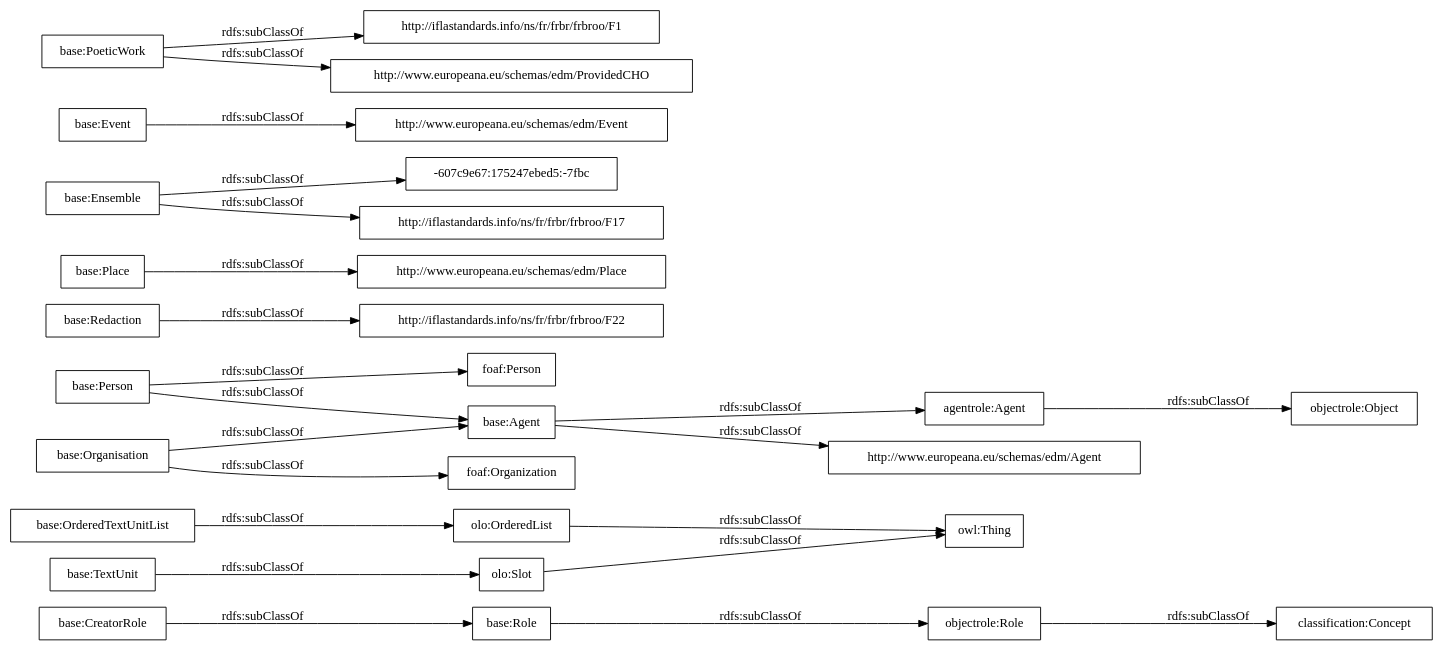
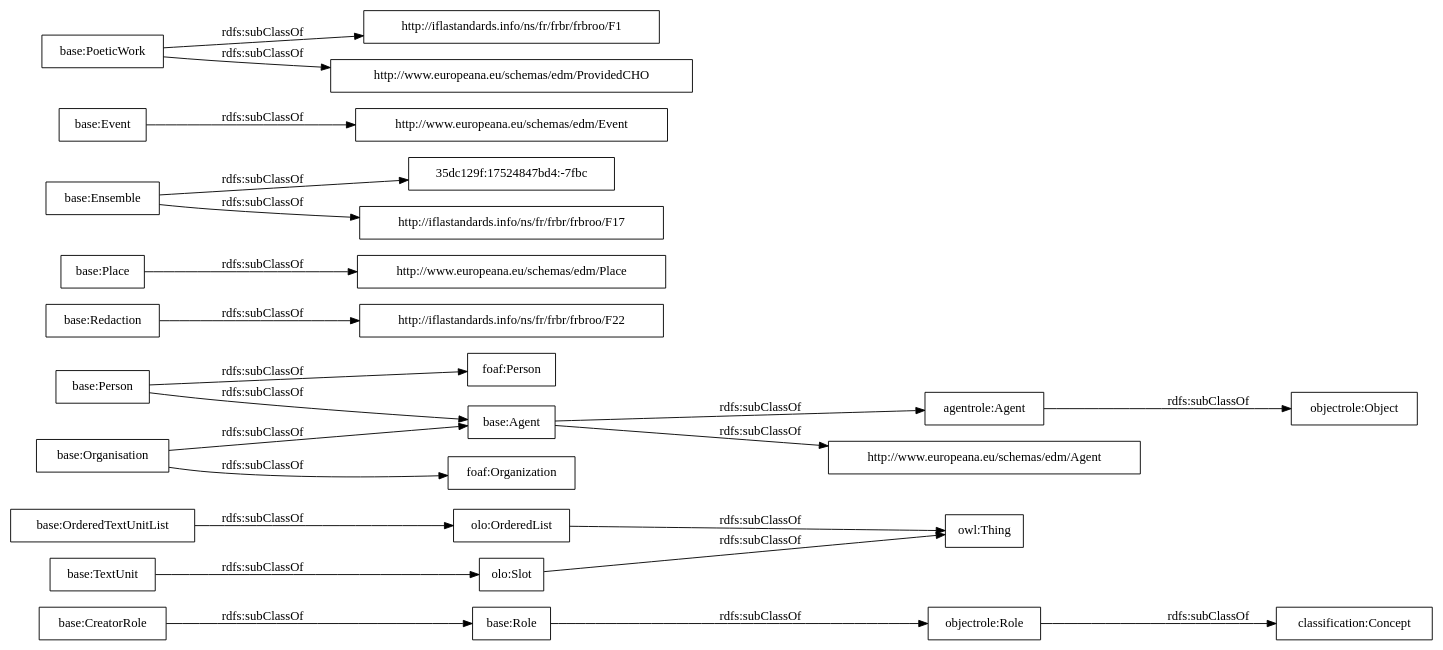
The diagram in OnToology/postdata-core.owl/diagrams/ar2dtool-taxonomy/postdata-core.owl.png.dot (OnToologyUser/core-ontology-1), drawn with Graphviz before and after one commit. The commit also changed 14 other files, not shown here.

```diff
--- a/OnToology/postdata-core.owl/diagrams/ar2dtool-taxonomy/postdata-core.owl.png.dot
+++ b/OnToology/postdata-core.owl/diagrams/ar2dtool-taxonomy/postdata-core.owl.png.dot
@@ -1,27 +1,27 @@
 digraph ar2dtool_diagram { 
 rankdir=LR;
 size="1000"
-node [shape = rectangle, color="black"]; "base:Role" "base:OrderedTextUnitList" "agentrole:Agent" "http://iflastandards.info/ns/fr/frbr/frbroo/F22" "http://www.europeana.eu/schemas/edm/Agent" "base:Agent" "base:CreatorRole" "base:Person" "base:Organisation" "http://www.europeana.eu/schemas/edm/Place" "base:Redaction" "-607c9e67:175247ebed5:-7fbc" "base:Ensemble" "foaf:Person" "http://www.europeana.eu/schemas/edm/Event" "base:TextUnit" "foaf:Organization" "http://iflastandards.info/ns/fr/frbr/frbroo/F1" "http://www.europeana.eu/schemas/edm/ProvidedCHO" "base:Place" "base:Event" "base:PoeticWork" "http://iflastandards.info/ns/fr/frbr/frbroo/F17" "owl:Thing" "objectrole:Role" "objectrole:Object" "olo:Slot" "olo:OrderedList" "classification:Concept" ; /*classes style*/
+node [shape = rectangle, color="black"]; "base:Role" "base:OrderedTextUnitList" "agentrole:Agent" "http://iflastandards.info/ns/fr/frbr/frbroo/F22" "http://www.europeana.eu/schemas/edm/Agent" "base:Agent" "base:CreatorRole" "base:Person" "base:Organisation" "http://www.europeana.eu/schemas/edm/Place" "base:Redaction" "base:Ensemble" "foaf:Person" "http://www.europeana.eu/schemas/edm/Event" "base:TextUnit" "http://iflastandards.info/ns/fr/frbr/frbroo/F1" "foaf:Organization" "http://www.europeana.eu/schemas/edm/ProvidedCHO" "base:Place" "base:Event" "35dc129f:17524847bd4:-7fbc" "base:PoeticWork" "http://iflastandards.info/ns/fr/frbr/frbroo/F17" "owl:Thing" "objectrole:Role" "objectrole:Object" "olo:Slot" "olo:OrderedList" "classification:Concept" ; /*classes style*/
 	"base:Redaction" -> "http://iflastandards.info/ns/fr/frbr/frbroo/F22" [ label = "rdfs:subClassOf" ];
 	"base:Role" -> "objectrole:Role" [ label = "rdfs:subClassOf" ];
 	"base:Event" -> "http://www.europeana.eu/schemas/edm/Event" [ label = "rdfs:subClassOf" ];
 	"base:Person" -> "foaf:Person" [ label = "rdfs:subClassOf" ];
 	"base:Person" -> "base:Agent" [ label = "rdfs:subClassOf" ];
 	"olo:OrderedList" -> "owl:Thing" [ label = "rdfs:subClassOf" ];
 	"olo:Slot" -> "owl:Thing" [ label = "rdfs:subClassOf" ];
 	"base:PoeticWork" -> "http://www.europeana.eu/schemas/edm/ProvidedCHO" [ label = "rdfs:subClassOf" ];
 	"base:PoeticWork" -> "http://iflastandards.info/ns/fr/frbr/frbroo/F1" [ label = "rdfs:subClassOf" ];
 	"base:TextUnit" -> "olo:Slot" [ label = "rdfs:subClassOf" ];
 	"agentrole:Agent" -> "objectrole:Object" [ label = "rdfs:subClassOf" ];
-	"base:Ensemble" -> "-607c9e67:175247ebed5:-7fbc" [ label = "rdfs:subClassOf" ];
+	"base:Ensemble" -> "35dc129f:17524847bd4:-7fbc" [ label = "rdfs:subClassOf" ];
 	"base:Ensemble" -> "http://iflastandards.info/ns/fr/frbr/frbroo/F17" [ label = "rdfs:subClassOf" ];
 	"base:OrderedTextUnitList" -> "olo:OrderedList" [ label = "rdfs:subClassOf" ];
 	"base:Agent" -> "agentrole:Agent" [ label = "rdfs:subClassOf" ];
 	"base:Agent" -> "http://www.europeana.eu/schemas/edm/Agent" [ label = "rdfs:subClassOf" ];
 	"objectrole:Role" -> "classification:Concept" [ label = "rdfs:subClassOf" ];
 	"base:Place" -> "http://www.europeana.eu/schemas/edm/Place" [ label = "rdfs:subClassOf" ];
 	"base:Organisation" -> "foaf:Organization" [ label = "rdfs:subClassOf" ];
 	"base:Organisation" -> "base:Agent" [ label = "rdfs:subClassOf" ];
 	"base:CreatorRole" -> "base:Role" [ label = "rdfs:subClassOf" ];
 
 }
```
